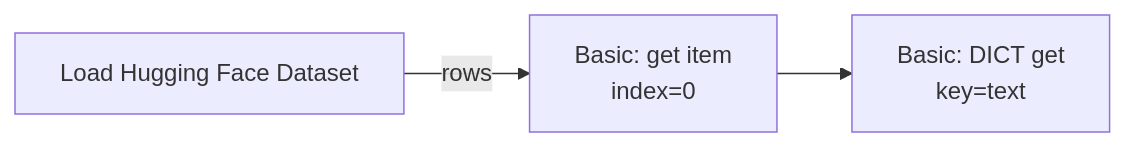
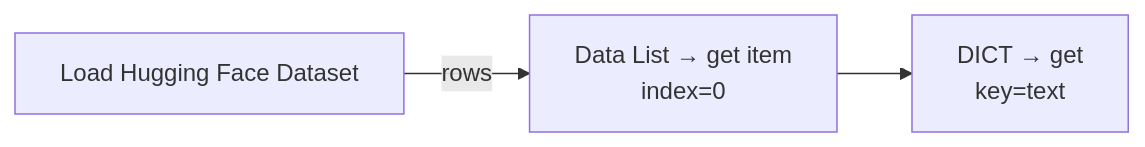
The second of 5 diagrams in README.md (StableLlama/ComfyUI-huggingface_dataset), drawn with Mermaid before and after one commit. The commit also changed other lines of this file and 5 other files, not shown here.

Commit message:
add "Working with Basic data handling" guide

````diff
--- a/README.md
+++ b/README.md
@@ -160,5 +161,5 @@
 ```mermaid
 flowchart LR
-    A[Load Hugging Face Dataset] -->|rows| B[Basic: get item<br/>index=0]
-    B --> C[Basic: DICT get<br/>key=text]
+    A[Load Hugging Face Dataset] -->|rows| B[Data List → get item<br/>index=0]
+    B --> C[DICT → get<br/>key=text]
 ```
````
